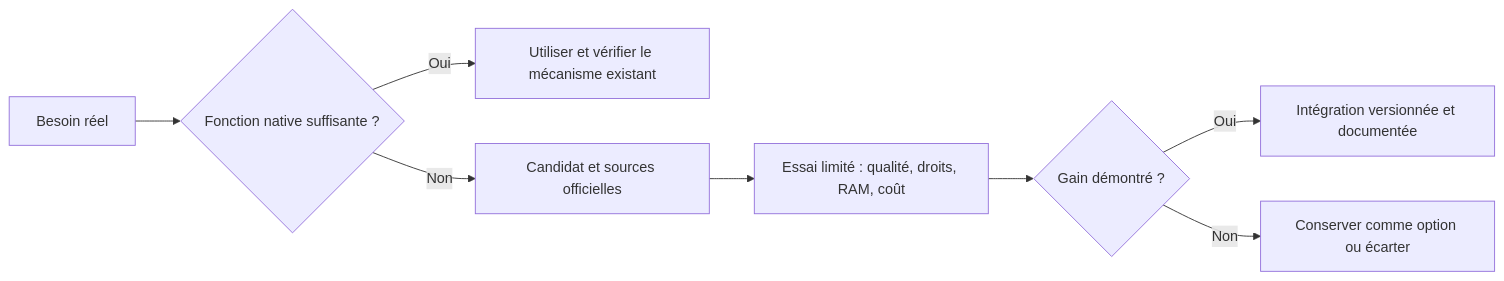
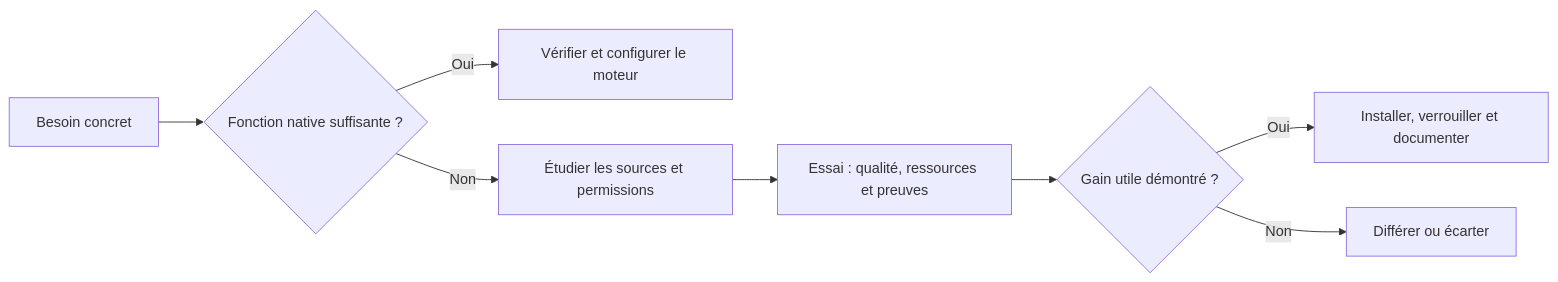
One commit to nicolastheuil/project-alfred changed the diagram in docs/ecosysteme.md. Above: the diagram before and after it, drawn with Mermaid. The commit also changed other lines of this file and 52 other files, not shown here.

````diff
--- a/docs/ecosysteme.md
+++ b/docs/ecosysteme.md
@@ -26,10 +7,10 @@
 ```mermaid
 flowchart LR
-    B[Besoin réel] --> N{Fonction native suffisante ?}
-    N -->|Oui| V[Utiliser et vérifier le mécanisme existant]
-    N -->|Non| C[Candidat et sources officielles]
-    C --> T[Essai limité : qualité, droits, RAM, coût]
-    T --> D{Gain démontré ?}
-    D -->|Oui| I[Intégration versionnée et documentée]
-    D -->|Non| A[Conserver comme option ou écarter]
+    B[Besoin concret] --> N{Fonction native suffisante ?}
+    N -->|Oui| V[Vérifier et configurer le moteur]
+    N -->|Non| C[Étudier les sources et permissions]
+    C --> T[Essai : qualité, ressources et preuves]
+    T --> D{Gain utile démontré ?}
+    D -->|Oui| I[Installer, verrouiller et documenter]
+    D -->|Non| A[Différer ou écarter]
 ```
````
